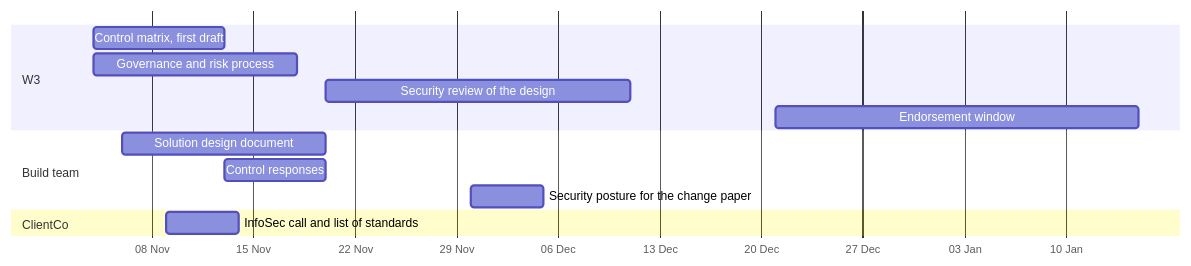
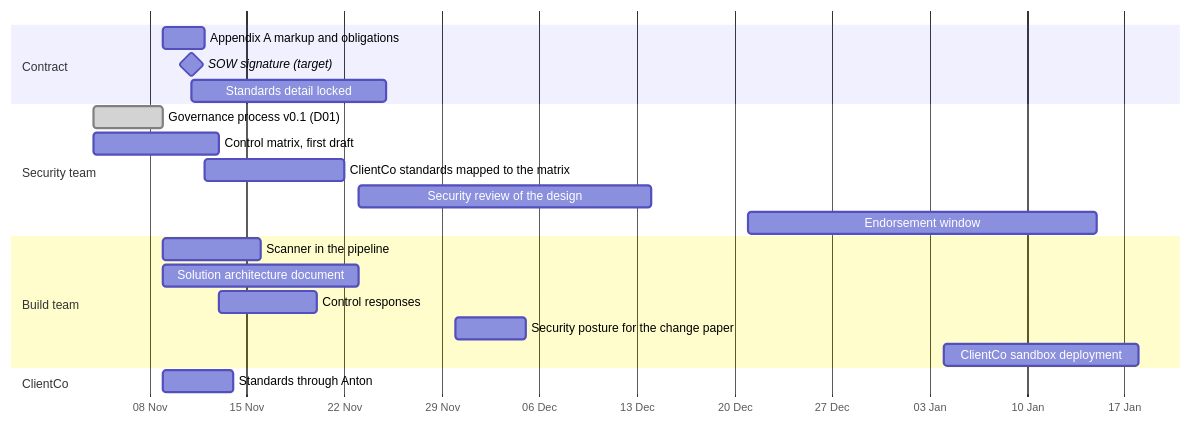
The second of 2 diagrams in Security_and_Compliance_Knowledge.md (harshakk/test-first-hello-world), drawn with Mermaid before and after one commit. The commit also changed other lines of this file, not shown here.

Commit message:
Updated after Nov 9th Meeting

````diff
--- a/Security_and_Compliance_Knowledge.md
+++ b/Security_and_Compliance_Knowledge.md
@@ -205,16 +362,23 @@
 ```mermaid
 gantt
   dateFormat YYYY-MM-DD
   axisFormat %d %b
-  section W3
-  Control matrix, first draft             :a1, 2026-11-04, 9d
-  Governance and risk process             :a2, 2026-11-04, 14d
-  Security review of the design           :a3, after b2, 21d
-  Endorsement window                      :a4, 2026-12-21, 2027-01-15
+  section Contract
+  Appendix A markup and obligations        :c1, 2026-11-09, 3d
+  SOW signature (target)                   :milestone, c2, 2026-11-11, 0d
+  Standards detail locked                  :c3, 2026-11-11, 14d
+  section Security team
+  Governance process v0.1 (D01)            :done, s0, 2026-11-04, 5d
+  Control matrix, first draft              :s1, 2026-11-04, 9d
+  ClientCo standards mapped to the matrix  :s2, 2026-11-12, 10d
+  Security review of the design            :s3, 2026-11-23, 21d
+  Endorsement window                       :s4, 2026-12-21, 2027-01-15
   section Build team
-  Solution design document                :b1, 2026-11-06, 14d
-  Control responses                       :b2, after a1, 7d
-  Security posture for the change paper   :b3, 2026-11-30, 5d
+  Scanner in the pipeline                  :b0, 2026-11-09, 7d
+  Solution architecture document           :b1, 2026-11-09, 14d
+  Control responses                        :b2, after s1, 7d
+  Security posture for the change paper    :b3, 2026-11-30, 5d
+  ClientCo sandbox deployment              :b4, 2027-01-04, 14d
   section ClientCo
-  InfoSec call and list of standards      :c1, 2026-11-09, 5d
+  Standards through Anton                  :k1, 2026-11-09, 5d
 ```
````
